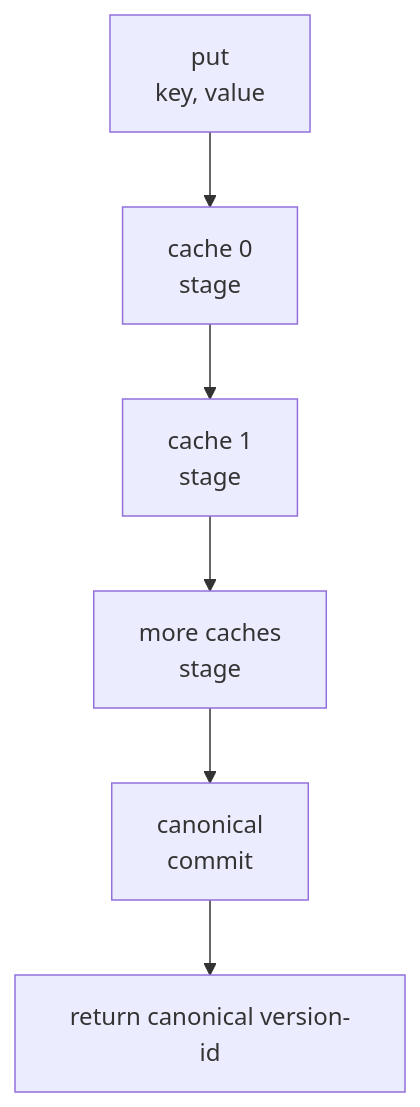
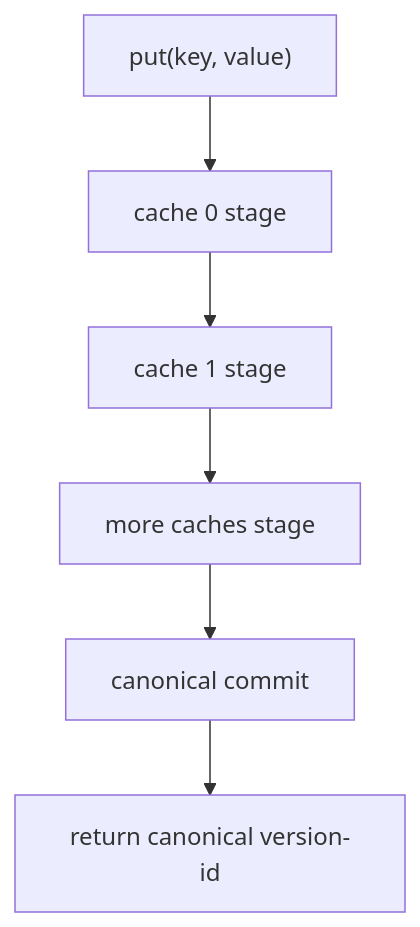
One commit to sideshowdb/sideshowdb changed the fourth of 4 diagrams in site/src/routes/docs/architecture/+page.md. Above: the diagram before and after it, drawn with Mermaid. The commit also changed 5 other files, not shown here.

Commit message:
docs: tighten architecture Mermaid sizing (#32)

````diff
--- a/site/src/routes/docs/architecture/+page.md
+++ b/site/src/routes/docs/architecture/+page.md
@@ -151,12 +151,12 @@
 ```mermaid diagram=write-fan-out-diagram
 flowchart TD
-  put["put<br/>key, value"]
-  cache0["cache 0<br/>stage"]
-  cache1["cache 1<br/>stage"]
-  more["more caches<br/>stage"]
-  canonical["canonical<br/>commit"]
+  put["put(key, value)"]
+  cache0["cache 0 stage"]
+  cache1["cache 1 stage"]
+  more["more caches stage"]
+  canonical["canonical commit"]
   version["return canonical version-id"]
 
   put --> cache0 --> cache1 --> more --> canonical
   canonical --> version
 ```
````
